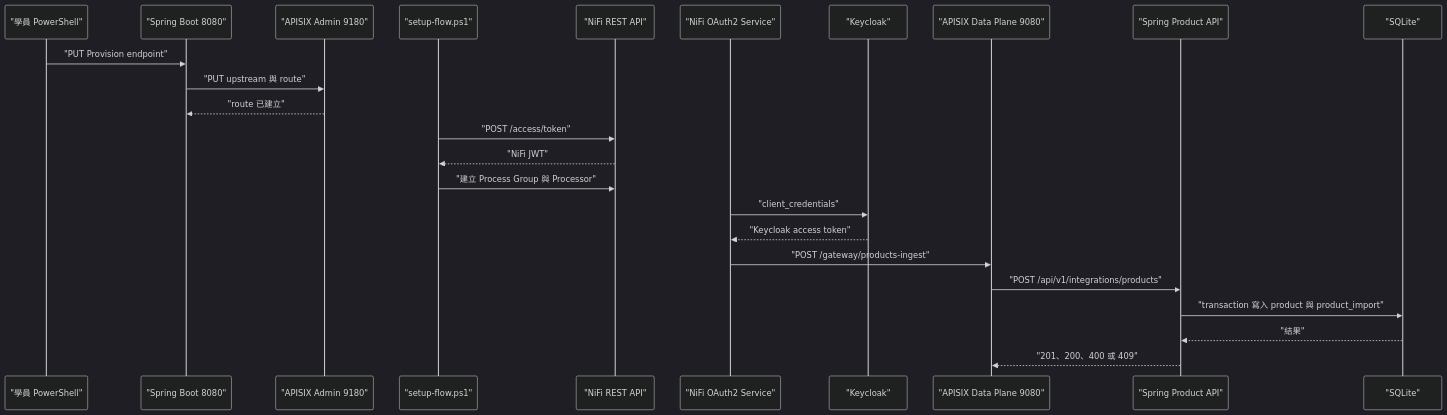
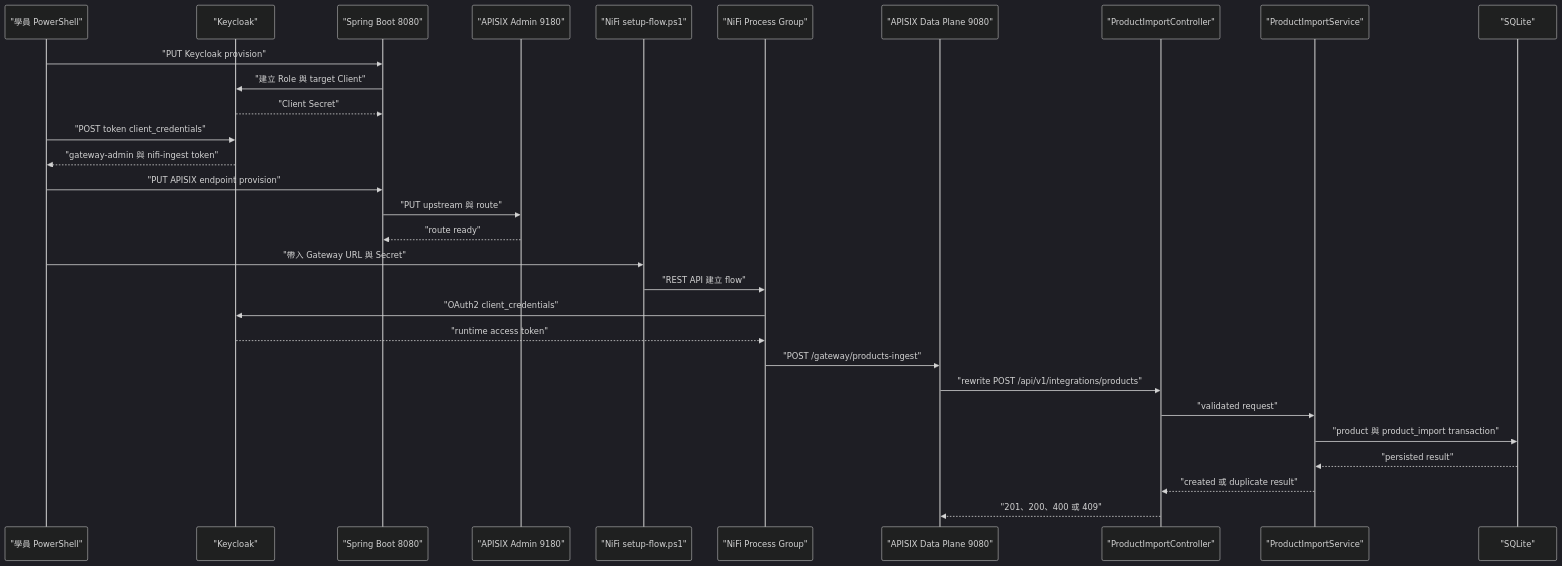
The second of 2 diagrams in docs/nifi-training/12-nifi-apisix-spring-ingest.md (Ting-s515/nifi-training), drawn with Mermaid (dark theme) before and after one commit. The commit also changed other lines of this file and 3 other files, not shown here.

````diff
--- a/docs/nifi-training/12-nifi-apisix-spring-ingest.md
+++ b/docs/nifi-training/12-nifi-apisix-spring-ingest.md
@@ -129,26 +80,32 @@
 ```mermaid
 sequenceDiagram
     participant learner as "學員 PowerShell"
+    participant keycloak as "Keycloak"
     participant spring as "Spring Boot 8080"
     participant admin as "APISIX Admin 9180"
-    participant setup as "setup-flow.ps1"
-    participant nifiapi as "NiFi REST API"
-    participant oauth as "NiFi OAuth2 Service"
-    participant keycloak as "Keycloak"
+    participant setup as "NiFi setup-flow.ps1"
+    participant nifi as "NiFi Process Group"
     participant gateway as "APISIX Data Plane 9080"
-    participant backend as "Spring Product API"
+    participant api as "ProductImportController"
+    participant service as "ProductImportService"
     participant database as "SQLite"
-    learner->>spring: "PUT Provision endpoint"
+    learner->>spring: "PUT Keycloak provision"
+    spring->>keycloak: "建立 Role 與 target Client"
+    keycloak-->>spring: "Client Secret"
+    learner->>keycloak: "POST token client_credentials"
+    keycloak-->>learner: "gateway-admin 與 nifi-ingest token"
+    learner->>spring: "PUT APISIX endpoint provision"
     spring->>admin: "PUT upstream 與 route"
-    admin-->>spring: "route 已建立"
-    setup->>nifiapi: "POST /access/token"
-    nifiapi-->>setup: "NiFi JWT"
-    setup->>nifiapi: "建立 Process Group 與 Processor"
-    oauth->>keycloak: "client_credentials"
-    keycloak-->>oauth: "Keycloak access token"
-    oauth->>gateway: "POST /gateway/products-ingest"
-    gateway->>backend: "POST /api/v1/integrations/products"
-    backend->>database: "transaction 寫入 product 與 product_import"
-    database-->>backend: "結果"
-    backend-->>gateway: "201、200、400 或 409"
+    admin-->>spring: "route ready"
+    learner->>setup: "帶入 Gateway URL 與 Secret"
+    setup->>nifi: "REST API 建立 flow"
+    nifi->>keycloak: "OAuth2 client_credentials"
+    keycloak-->>nifi: "runtime access token"
+    nifi->>gateway: "POST /gateway/products-ingest"
+    gateway->>api: "rewrite POST /api/v1/integrations/products"
+    api->>service: "validated request"
+    service->>database: "product 與 product_import transaction"
+    database-->>service: "persisted result"
+    service-->>api: "created 或 duplicate result"
+    api-->>gateway: "201、200、400 或 409"
 ```
````
